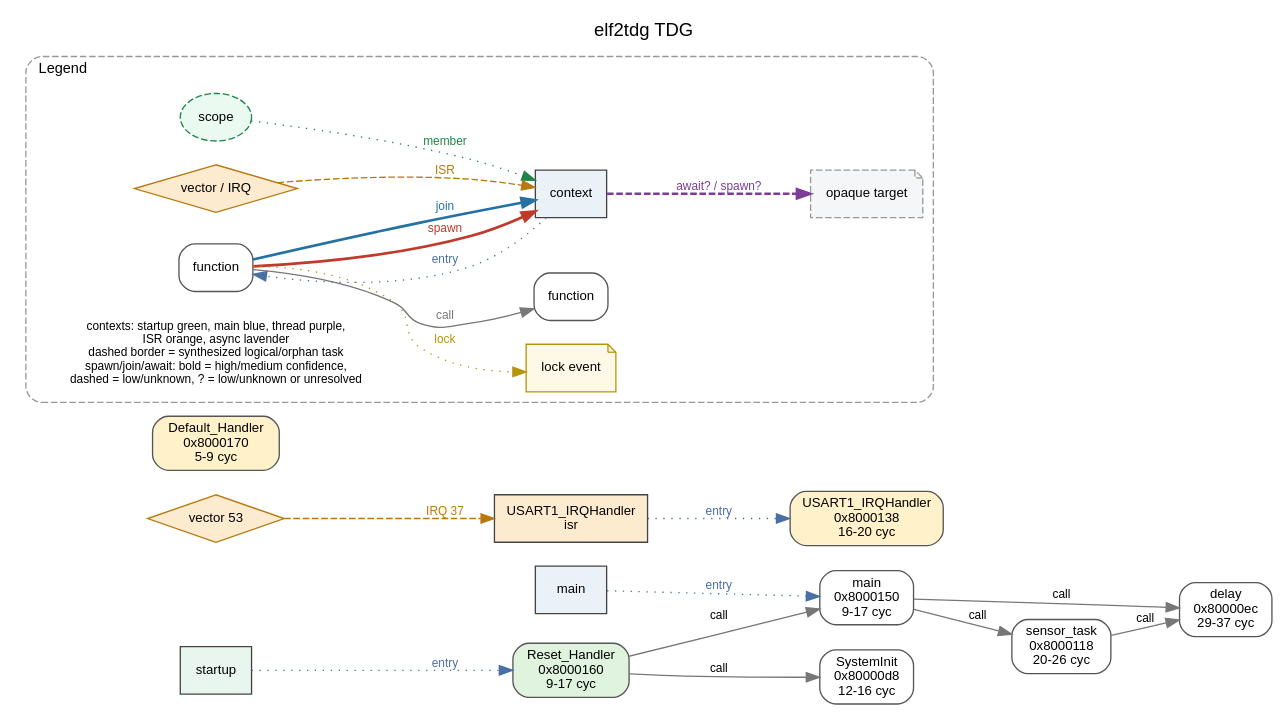
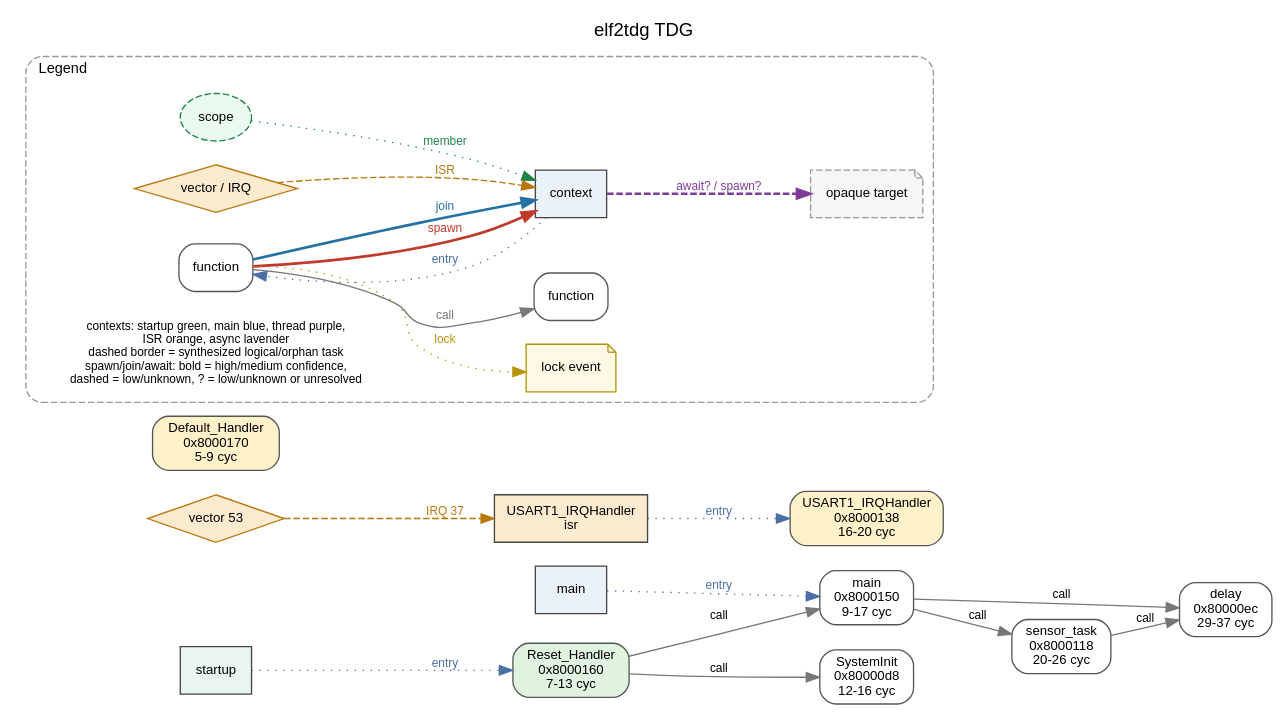
Before and after one commit to kevindadi/elf2tdg: the diagram in examples/cortex-m0-isr/artifacts/tdg-full.dot, drawn with Graphviz. The commit also changed 22 other files, not shown here.

```diff
--- a/examples/cortex-m0-isr/artifacts/tdg-full.dot
+++ b/examples/cortex-m0-isr/artifacts/tdg-full.dot
@@ -1,45 +1,45 @@
 digraph tdg {
   rankdir=LR;
   graph [fontname="Helvetica", label="elf2tdg TDG", labelloc=t];
   node [fontname="Helvetica", fontsize=10, shape=box, style="rounded,filled", fillcolor="#ffffff", color="#555555"];
   edge [fontname="Helvetica", fontsize=9];
   "fn:0x80000d8" [label="SystemInit\n0x80000d8\n12-16 cyc", fillcolor="#ffffff", color="#555555", style="rounded,filled"];
   "fn:0x80000ec" [label="delay\n0x80000ec\n29-37 cyc", fillcolor="#ffffff", color="#555555", style="rounded,filled"];
   "fn:0x8000118" [label="sensor_task\n0x8000118\n20-26 cyc", fillcolor="#ffffff", color="#555555", style="rounded,filled"];
   "fn:0x8000138" [label="USART1_IRQHandler\n0x8000138\n16-20 cyc", fillcolor="#fff1c9", color="#555555", style="rounded,filled"];
   "fn:0x8000150" [label="main\n0x8000150\n9-17 cyc", fillcolor="#ffffff", color="#555555", style="rounded,filled"];
-  "fn:0x8000160" [label="Reset_Handler\n0x8000160\n9-17 cyc", fillcolor="#dff3df", color="#555555", style="rounded,filled"];
+  "fn:0x8000160" [label="Reset_Handler\n0x8000160\n7-13 cyc", fillcolor="#dff3df", color="#555555", style="rounded,filled"];
   "fn:0x8000170" [label="Default_Handler\n0x8000170\n5-9 cyc", fillcolor="#fff1c9", color="#555555", style="rounded,filled"];
   "ctx:isr:53" [label="USART1_IRQHandler\nisr", shape=box, style="filled", fillcolor="#fdebd0", color="#444444"];
   "ctx:isr:53" -> "fn:0x8000138" [label="entry", style=dotted, color="#4a6fa5", fontcolor="#4a6fa5"];
   "ctx:main" [label="main", shape=box, style="filled", fillcolor="#eaf2f8", color="#444444"];
   "ctx:main" -> "fn:0x8000150" [label="entry", style=dotted, color="#4a6fa5", fontcolor="#4a6fa5"];
   "ctx:startup" [label="startup", shape=box, style="filled", fillcolor="#e8f6ef", color="#444444"];
   "ctx:startup" -> "fn:0x8000160" [label="entry", style=dotted, color="#4a6fa5", fontcolor="#4a6fa5"];
   "fn:0x8000118" -> "fn:0x80000ec" [label="call", color="#777777", style="solid"];
   "fn:0x8000150" -> "fn:0x8000118" [label="call", color="#777777", style="solid"];
   "fn:0x8000150" -> "fn:0x80000ec" [label="call", color="#777777", style="solid"];
   "fn:0x8000160" -> "fn:0x80000d8" [label="call", color="#777777", style="solid"];
   "fn:0x8000160" -> "fn:0x8000150" [label="call", color="#777777", style="solid"];
   "vector:53" [label="vector 53", shape=diamond, style="filled", fillcolor="#fdebd0", color="#b9770e"];
   "vector:53" -> "ctx:isr:53" [label="IRQ 37", color="#b9770e", fontcolor="#b9770e", style=dashed];
   subgraph cluster_legend {
     label="Legend"; labeljust="l"; fontname="Helvetica"; fontsize=11; style="rounded,dashed"; color="#999999";
     legend_function [label="function", fillcolor="#ffffff"];
     legend_context [label="context", shape=box, style="filled", fillcolor="#eaf2f8", color="#444444"];
     legend_scope [label="scope", shape=ellipse, style="dashed,filled", fillcolor="#eafaf1", color="#1e8449"];
     legend_opaque [label="opaque target", shape=note, style="dashed,filled", fillcolor="#f4f6f7", color="#999999"];
     legend_vector [label="vector / IRQ", shape=diamond, style="filled", fillcolor="#fdebd0", color="#b9770e"];
     legend_lock [label="lock event", shape=note, style="filled", fillcolor="#fef9e7", color="#b7950b"];
     legend_function -> legend_lock [label="lock", style=dotted, color="#b7950b", fontcolor="#b7950b"];
     legend_note [label="contexts: startup green, main blue, thread purple,\nISR orange, async lavender\ndashed border = synthesized logical/orphan task\nspawn/join/await: bold = high/medium confidence,\ndashed = low/unknown, ? = low/unknown or unresolved", shape=plaintext, fontsize=9];
     legend_function -> legend_context [label="spawn", color="#c0392b", fontcolor="#c0392b", style=bold];
     legend_function -> legend_context [label="join", color="#2471a3", fontcolor="#2471a3", style=bold];
     legend_context -> legend_function [label="entry", style=dotted, color="#4a6fa5", fontcolor="#4a6fa5"];
     legend_scope -> legend_context [label="member", style=dotted, color="#1e8449", fontcolor="#1e8449"];
     legend_vector -> legend_context [label="ISR", style=dashed, color="#b9770e", fontcolor="#b9770e"];
     legend_function -> legend_call_target [label="call", style=solid, color="#777777", fontcolor="#777777"];
     legend_call_target [label="function", fillcolor="#ffffff"];
     legend_context -> legend_opaque [label="await? / spawn?", style="bold,dashed", color="#7d3c98", fontcolor="#7d3c98"];
   }
 }
```
